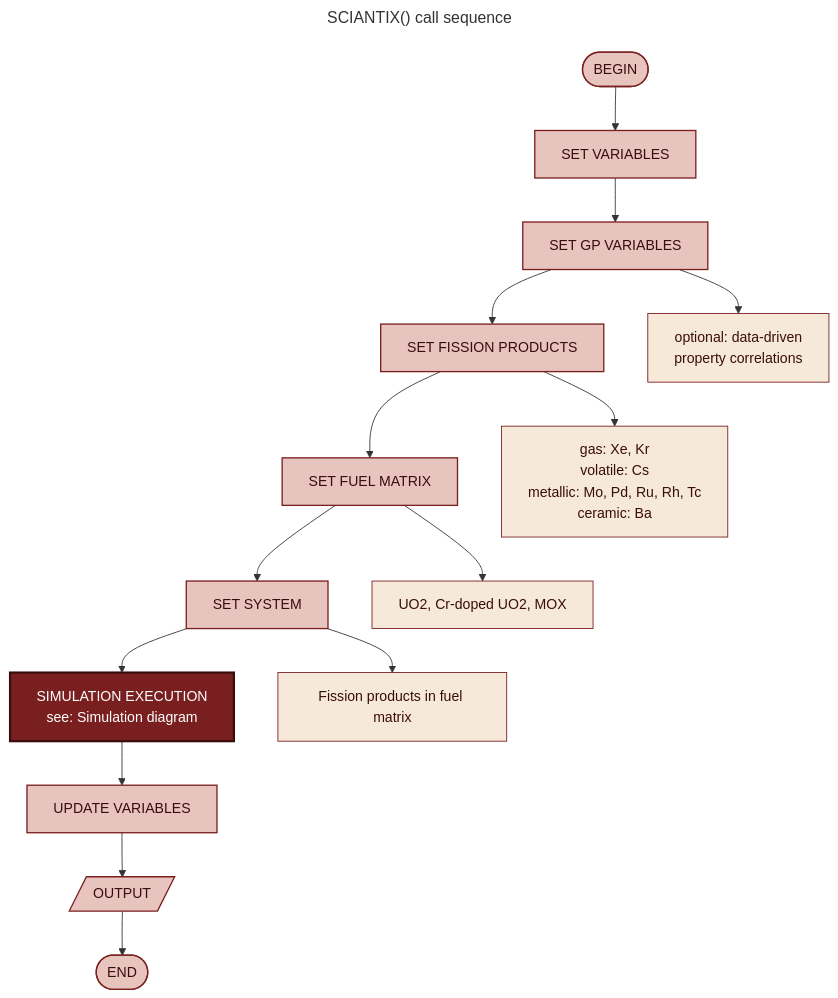
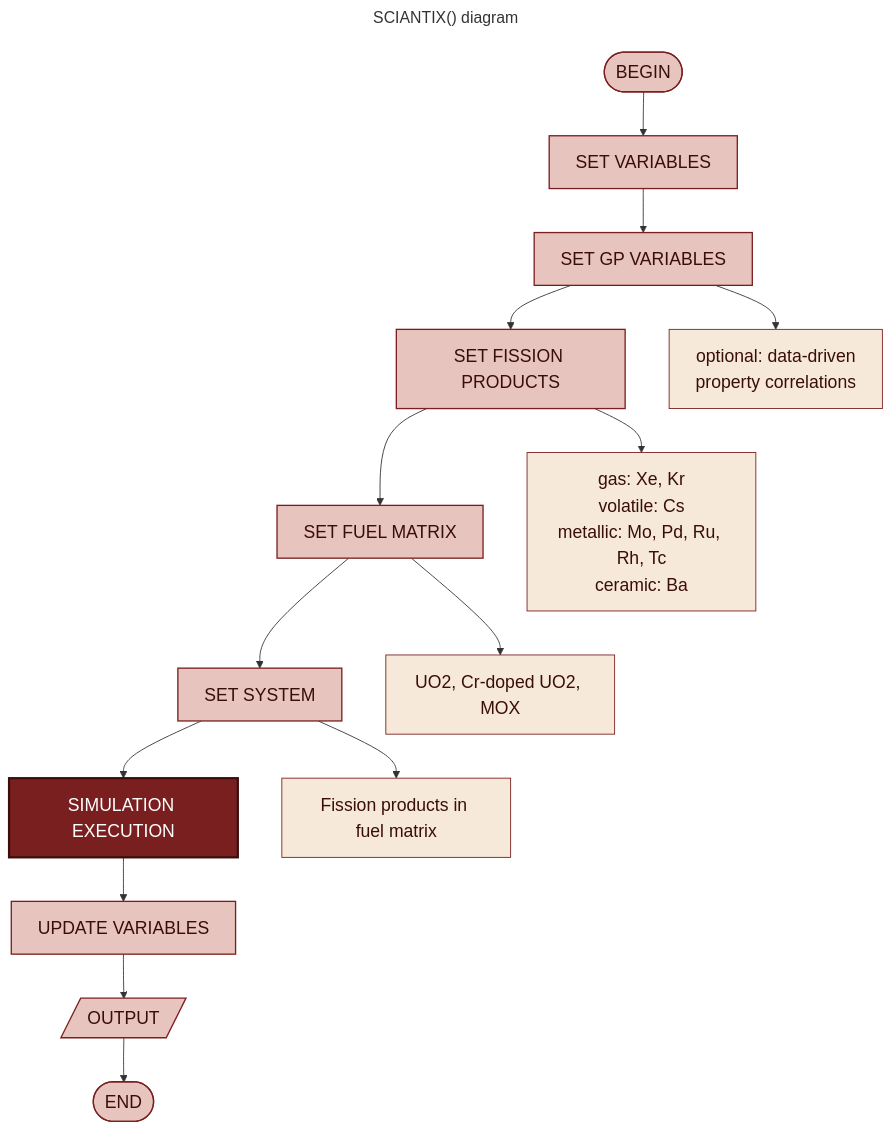
One commit to sciantix/sciantix-official changed the diagram in utilities/workflow/SCIANTIXcall.mmd. Above: the diagram before and after it, drawn with Mermaid. The commit also changed 2 other files, not shown here.

```diff
--- a/utilities/workflow/SCIANTIXcall.mmd
+++ b/utilities/workflow/SCIANTIXcall.mmd
@@ -1,35 +1,36 @@
 ---
-title: SCIANTIX() call sequence
+title: SCIANTIX() diagram
 ---
+%%{init: {"themeVariables": {"fontSize": "20px"}} }%%
 flowchart TB
     C_BEGIN(["BEGIN"])
     setVariables["SET VARIABLES"]
     setGPVariables["SET GP VARIABLES"]
     setFissionProducts["SET FISSION PRODUCTS"]
     setMatrix["SET FUEL MATRIX"]
     setSystem["SET SYSTEM"]
-    execute["SIMULATION EXECUTION<br/>see: Simulation diagram"]
+    execute["SIMULATION EXECUTION"]
     update["UPDATE VARIABLES"]
     output[/"OUTPUT"/]
     C_END(["END"])
 
     C_BEGIN --> setVariables --> setGPVariables --> setFissionProducts --> setMatrix --> setSystem --> execute --> update --> output --> C_END
 
     setGPVariables_note["optional: data-driven<br/>property correlations"]
     setGPVariables --> setGPVariables_note
     setFissionProducts_note["gas: Xe, Kr<br/>volatile: Cs<br/>metallic: Mo, Pd, Ru, Rh, Tc<br/>ceramic: Ba"]
     setFissionProducts --> setFissionProducts_note
     setMatrix_note["UO2, Cr-doped UO2, MOX"]
     setMatrix --> setMatrix_note
     setSystem_note["Fission products in fuel matrix"]
     setSystem --> setSystem_note
 
     classDef terminal fill:#E8C4BE,stroke:#7A1F1F,stroke-width:1.5px,color:#3a0d0d;
     classDef process fill:#E8C4BE,stroke:#7A1F1F,stroke-width:1.5px,color:#3a0d0d;
     classDef note fill:#F6E9D9,stroke:#7A1F1F,stroke-width:1px,color:#3a0d0d;
     classDef highlight fill:#7A1F1F,stroke:#3a0d0d,stroke-width:2.5px,color:#ffffff;
 
     class C_BEGIN,C_END terminal;
     class setVariables,setGPVariables,setFissionProducts,setMatrix,setSystem,update,output process;
     class execute highlight;
     class setFissionProducts_note,setMatrix_note,setSystem_note,setGPVariables_note note;
```
